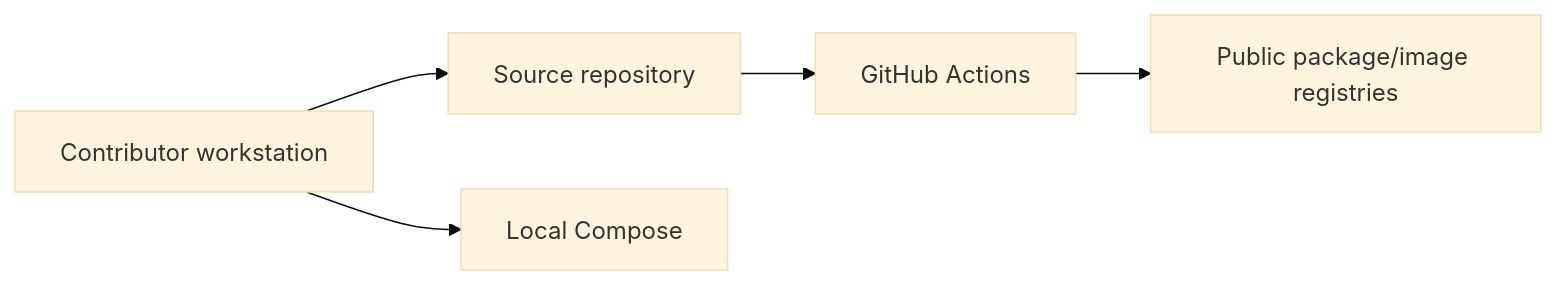
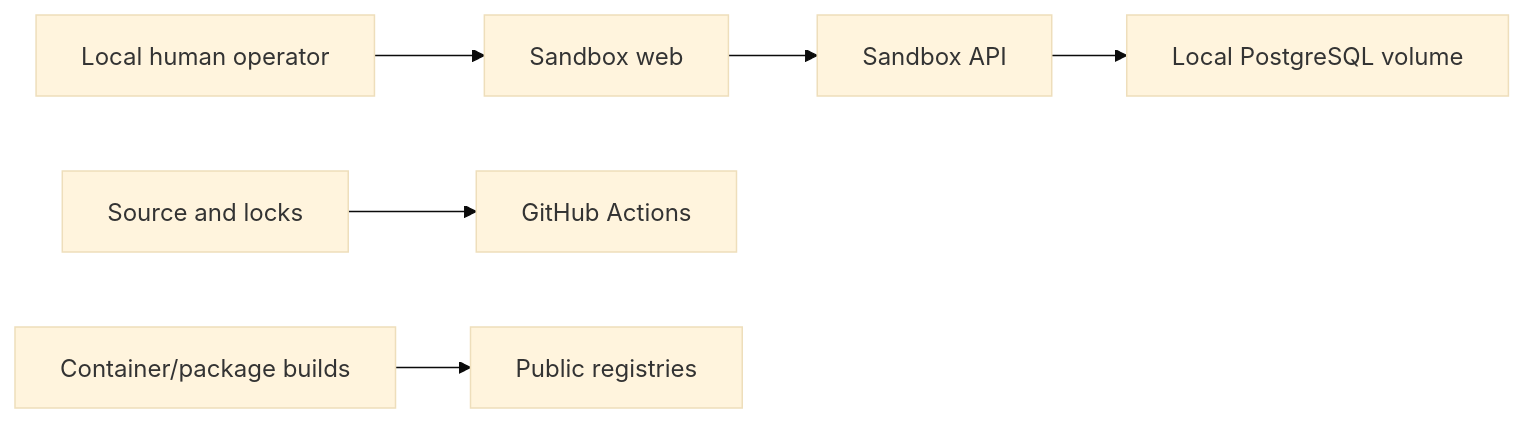
One commit to taka-wzx/flowpilot-arena changed the diagram in docs/threat-model.md. Above: the diagram before and after it, drawn with Mermaid (base theme). The commit also changed other lines of this file and 52 other files, not shown here.

````diff
--- a/docs/threat-model.md
+++ b/docs/threat-model.md
@@ -13,7 +13,8 @@
 ```mermaid
 flowchart LR
-    Dev["Contributor workstation"] --> Repo["Source repository"]
-    Repo --> CI["GitHub Actions"]
-    Dev --> Local["Local Compose"]
-    CI --> Registries["Public package/image registries"]
+    Human["Local human operator"] --> Web["Sandbox web"]
+    Web --> API["Sandbox API"]
+    API --> DB["Local PostgreSQL volume"]
+    Repo["Source and locks"] --> CI["GitHub Actions"]
+    Build["Container/package builds"] --> Registries["Public registries"]
 ```
````
